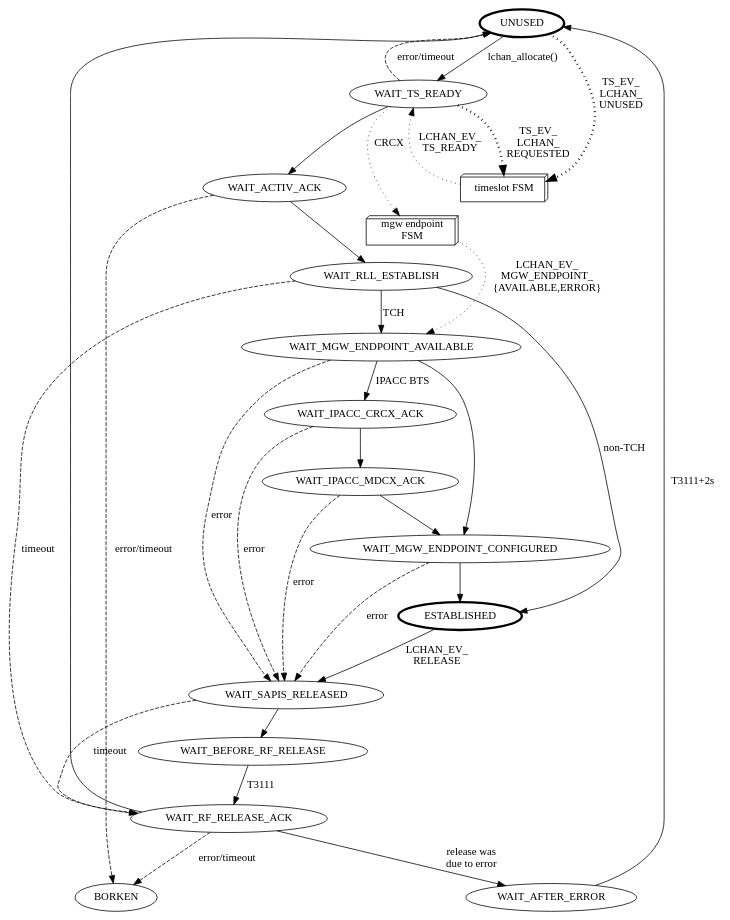
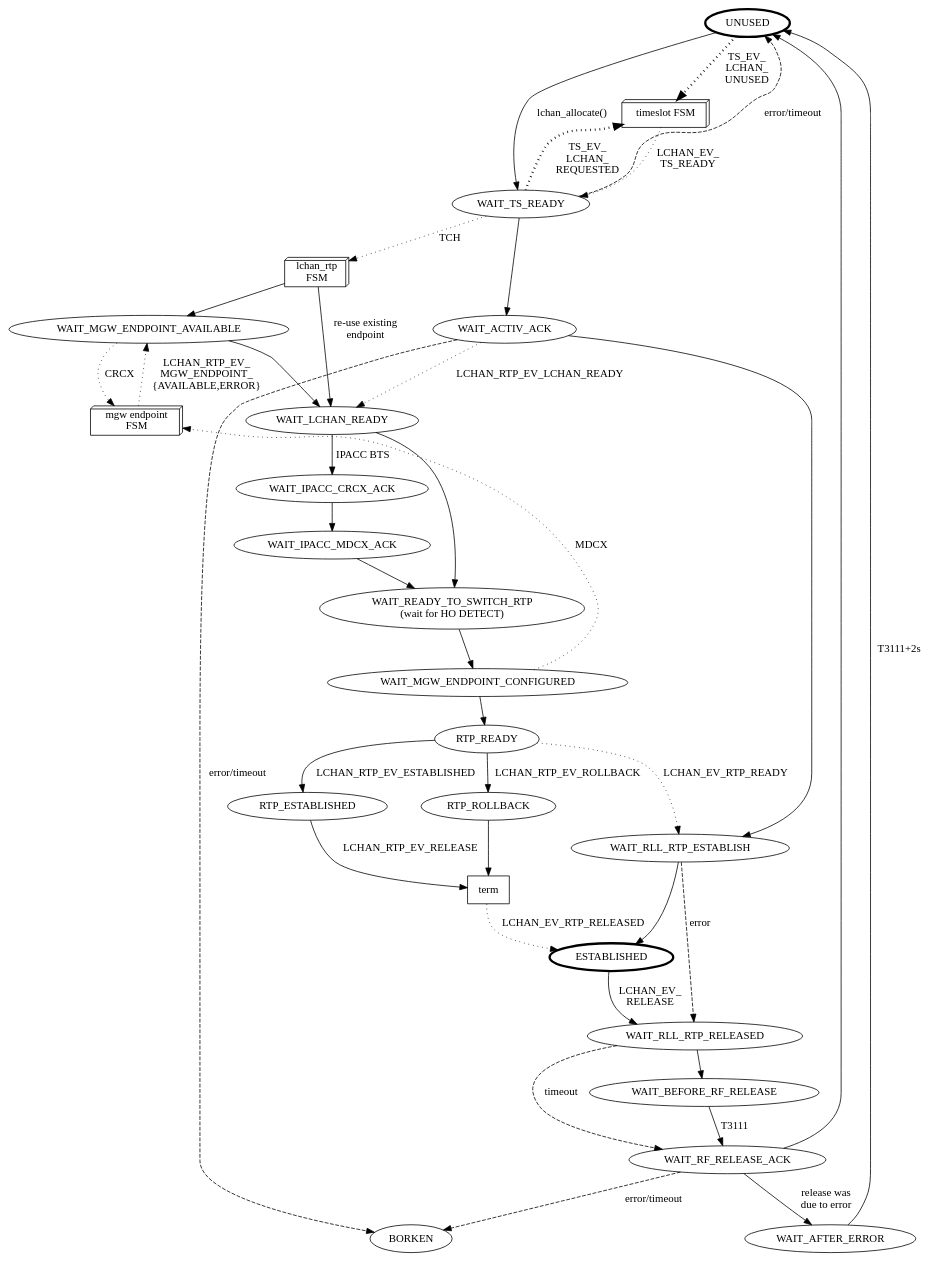
The diagram in doc/lchan-fsm.dot (msgpo/osmo-bsc), drawn with Graphviz before and after one commit. The commit also changed 12 other files, not shown here.

Commit message:
lchan_fsm: split off lchan_rtp_fsm, establish RTP a bit earlier

```diff
--- a/doc/lchan-fsm.dot
+++ b/doc/lchan-fsm.dot
@@ -1,55 +1,58 @@
 digraph G {
 rankdir=TB;
 	
 	invisible [style="invisible"]
 	UNUSED [penwidth=3.0]
-	WAIT_TS_READY
-	WAIT_ACTIV_ACK
-	WAIT_MGW_ENDPOINT_AVAILABLE
-	WAIT_IPACC_CRCX_ACK
-	WAIT_IPACC_MDCX_ACK
-	WAIT_MGW_ENDPOINT_CONFIGURED
-	WAIT_RLL_ESTABLISH
 	ESTABLISHED [penwidth=3.0]
-	WAIT_SAPIS_RELEASED
-	WAIT_BEFORE_RF_RELEASE
-	WAIT_RF_RELEASE_ACK
-	WAIT_AFTER_ERROR
-	BORKEN
+	WAIT_READY_TO_SWITCH_RTP [label="WAIT_READY_TO_SWITCH_RTP\n(wait for HO DETECT)"]
 	
 	ts [label="timeslot FSM",shape=box3d];
 	mgwep [label="mgw endpoint\nFSM",shape=box3d];
+	rtp [label="lchan_rtp\nFSM",shape=box3d];
 
 	UNUSED -> WAIT_TS_READY [label="lchan_allocate()"]
 	WAIT_TS_READY -> WAIT_ACTIV_ACK
-	WAIT_ACTIV_ACK -> WAIT_RLL_ESTABLISH
-	WAIT_RLL_ESTABLISH -> WAIT_MGW_ENDPOINT_AVAILABLE [label="TCH"]
-	WAIT_MGW_ENDPOINT_AVAILABLE -> WAIT_IPACC_CRCX_ACK [label="IPACC BTS"]
-	WAIT_MGW_ENDPOINT_AVAILABLE -> WAIT_MGW_ENDPOINT_CONFIGURED
-	WAIT_IPACC_CRCX_ACK -> WAIT_IPACC_MDCX_ACK
-	WAIT_IPACC_MDCX_ACK -> WAIT_MGW_ENDPOINT_CONFIGURED
-	WAIT_MGW_ENDPOINT_CONFIGURED -> ESTABLISHED
-	WAIT_RLL_ESTABLISH -> ESTABLISHED [label="non-TCH"];
-	WAIT_RLL_ESTABLISH -> WAIT_RF_RELEASE_ACK [label="timeout",style=dashed,constraint=false]
+	WAIT_ACTIV_ACK -> WAIT_RLL_RTP_ESTABLISH
+	WAIT_RLL_RTP_ESTABLISH -> ESTABLISHED
 
-	ESTABLISHED -> WAIT_SAPIS_RELEASED [label="LCHAN_EV_\nRELEASE"]
-	WAIT_SAPIS_RELEASED -> WAIT_BEFORE_RF_RELEASE
-	WAIT_SAPIS_RELEASED -> WAIT_RF_RELEASE_ACK [label="timeout",style=dashed,constraint=false]
+	ESTABLISHED -> WAIT_RLL_RTP_RELEASED [label="LCHAN_EV_\nRELEASE"]
+	WAIT_RLL_RTP_RELEASED -> WAIT_BEFORE_RF_RELEASE
+	WAIT_RLL_RTP_RELEASED -> WAIT_RF_RELEASE_ACK [label="timeout",style=dashed,constraint=false]
 
 	WAIT_BEFORE_RF_RELEASE -> WAIT_RF_RELEASE_ACK [label="T3111"]
 	WAIT_RF_RELEASE_ACK -> UNUSED
 	WAIT_RF_RELEASE_ACK -> WAIT_AFTER_ERROR [label="release was\ndue to error"]
 	WAIT_AFTER_ERROR -> UNUSED [label="T3111+2s"]
 
 	WAIT_TS_READY -> ts [label="TS_EV_\nLCHAN_\nREQUESTED",style=dotted,penwidth=3]
 	UNUSED -> ts [label="TS_EV_\nLCHAN_\nUNUSED",style=dotted,penwidth=3]
 	ts -> WAIT_TS_READY [label="LCHAN_EV_\nTS_READY",style=dotted]
 
 	WAIT_TS_READY -> UNUSED [label="error/timeout",style=dashed,constraint=false]
 	{WAIT_ACTIV_ACK,WAIT_RF_RELEASE_ACK} -> BORKEN [label="error/timeout",style=dashed]
-	{WAIT_MGW_ENDPOINT_AVAILABLE,WAIT_IPACC_CRCX_ACK,WAIT_IPACC_MDCX_ACK,WAIT_MGW_ENDPOINT_CONFIGURED} -> WAIT_SAPIS_RELEASED [label=error,style=dashed]
+	{WAIT_RLL_RTP_ESTABLISH} -> WAIT_RLL_RTP_RELEASED [label=error,style=dashed]
 
-	WAIT_TS_READY -> mgwep [label="CRCX",style=dotted]
-	mgwep -> WAIT_MGW_ENDPOINT_AVAILABLE [label="LCHAN_EV_\nMGW_ENDPOINT_\n{AVAILABLE,ERROR}",style=dotted]
+	WAIT_TS_READY -> rtp [label="TCH",style=dotted]
+	rtp -> WAIT_MGW_ENDPOINT_AVAILABLE
+	rtp -> WAIT_LCHAN_READY [label="re-use existing\nendpoint"]
+	WAIT_MGW_ENDPOINT_AVAILABLE -> mgwep [label="CRCX",style=dotted]
+	mgwep -> WAIT_MGW_ENDPOINT_AVAILABLE [label="LCHAN_RTP_EV_\nMGW_ENDPOINT_\n{AVAILABLE,ERROR}",style=dotted]
+	WAIT_MGW_ENDPOINT_AVAILABLE -> WAIT_LCHAN_READY
+
+	WAIT_ACTIV_ACK -> WAIT_LCHAN_READY [label="LCHAN_RTP_EV_LCHAN_READY",style=dotted]
+	WAIT_LCHAN_READY -> WAIT_IPACC_CRCX_ACK [label="IPACC BTS"]
+	WAIT_LCHAN_READY -> WAIT_READY_TO_SWITCH_RTP
+	WAIT_IPACC_CRCX_ACK -> WAIT_IPACC_MDCX_ACK
+	WAIT_IPACC_MDCX_ACK -> WAIT_READY_TO_SWITCH_RTP
+	WAIT_READY_TO_SWITCH_RTP -> WAIT_MGW_ENDPOINT_CONFIGURED
+	WAIT_MGW_ENDPOINT_CONFIGURED -> mgwep [label="MDCX",style=dotted,constraint=false]
+	WAIT_MGW_ENDPOINT_CONFIGURED -> RTP_READY
+	RTP_READY -> WAIT_RLL_RTP_ESTABLISH [label="LCHAN_EV_RTP_READY",style=dotted]
+	RTP_READY -> RTP_ESTABLISHED [label="LCHAN_RTP_EV_ESTABLISHED"]
+	term [shape=box]
+	RTP_ESTABLISHED -> term [label="LCHAN_RTP_EV_RELEASE"]
+	RTP_READY -> RTP_ROLLBACK [label="LCHAN_RTP_EV_ROLLBACK"]
+	RTP_ROLLBACK -> term
+	term -> ESTABLISHED [label="LCHAN_EV_RTP_RELEASED",style=dotted]
 
 }
```
